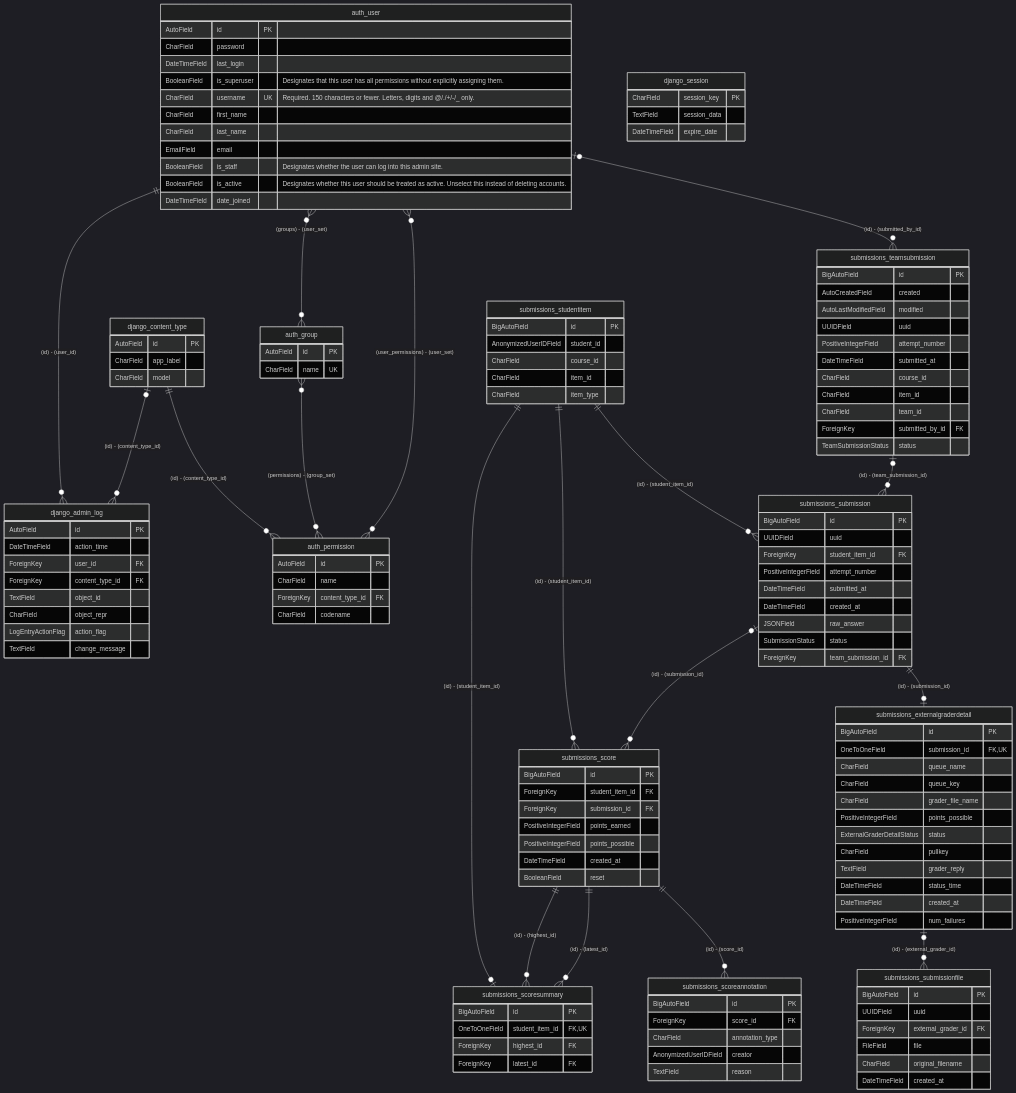
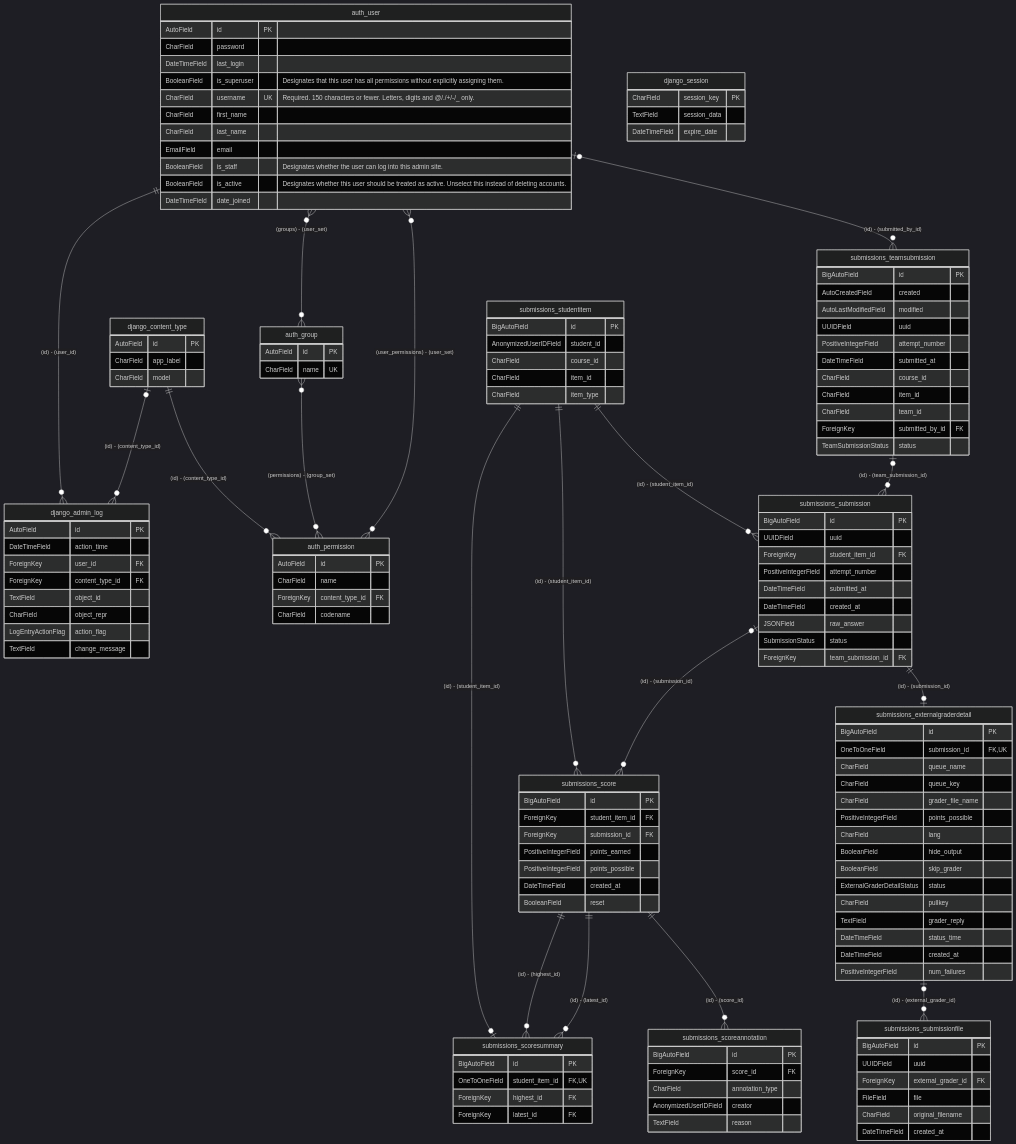
The diagram in apps/djangoer/examples/edx-submissions/er.md (nakita628/orm-generators-examples), drawn with Mermaid (dark theme) before and after one commit. The commit also changed 9 other files, not shown here.

```diff
--- a/apps/djangoer/examples/edx-submissions/er.md
+++ b/apps/djangoer/examples/edx-submissions/er.md
@@ -120,6 +120,9 @@
         CharField queue_key
         CharField grader_file_name
         PositiveIntegerField points_possible
+        CharField lang
+        BooleanField hide_output
+        BooleanField skip_grader
         ExternalGraderDetailStatus status
         CharField pullkey
         TextField grader_reply
```
